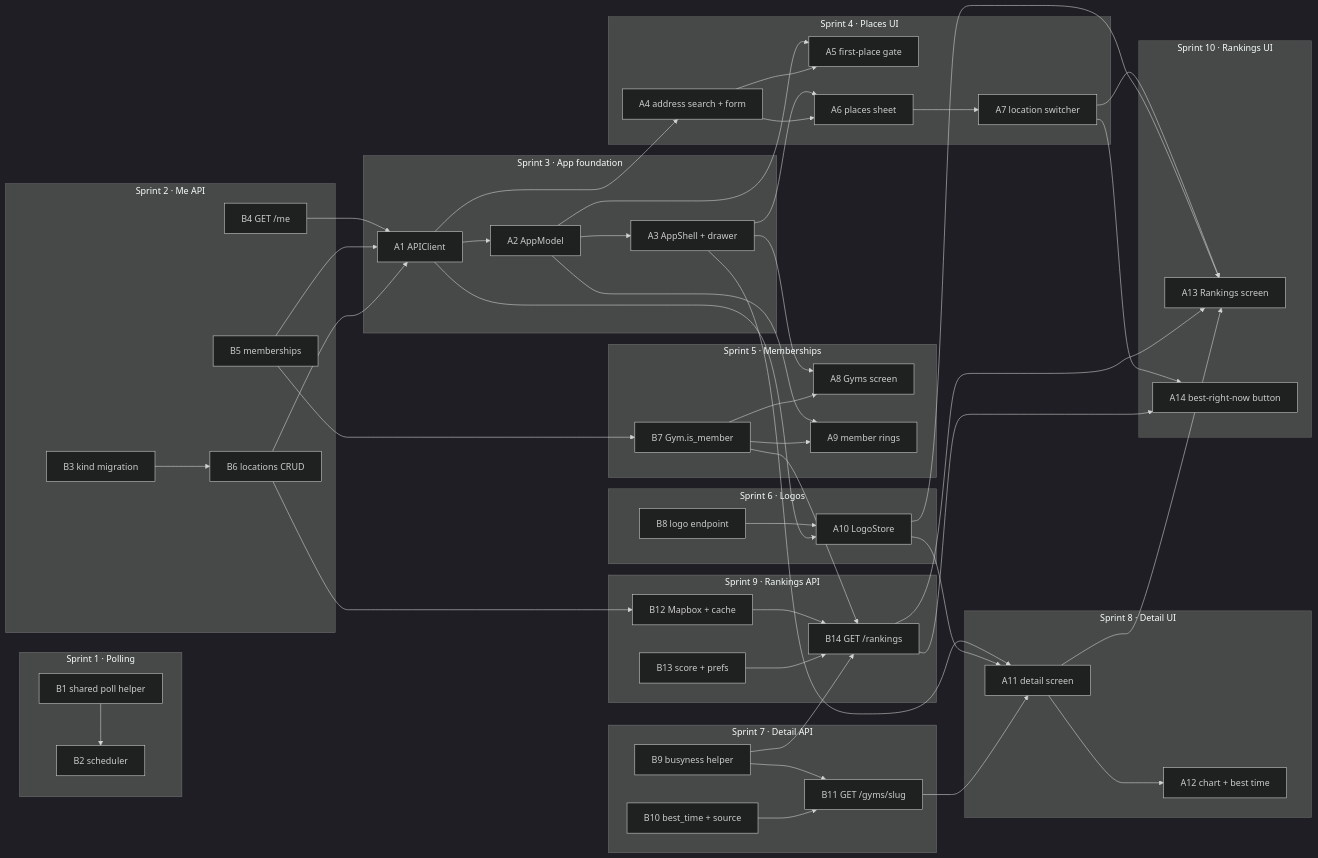
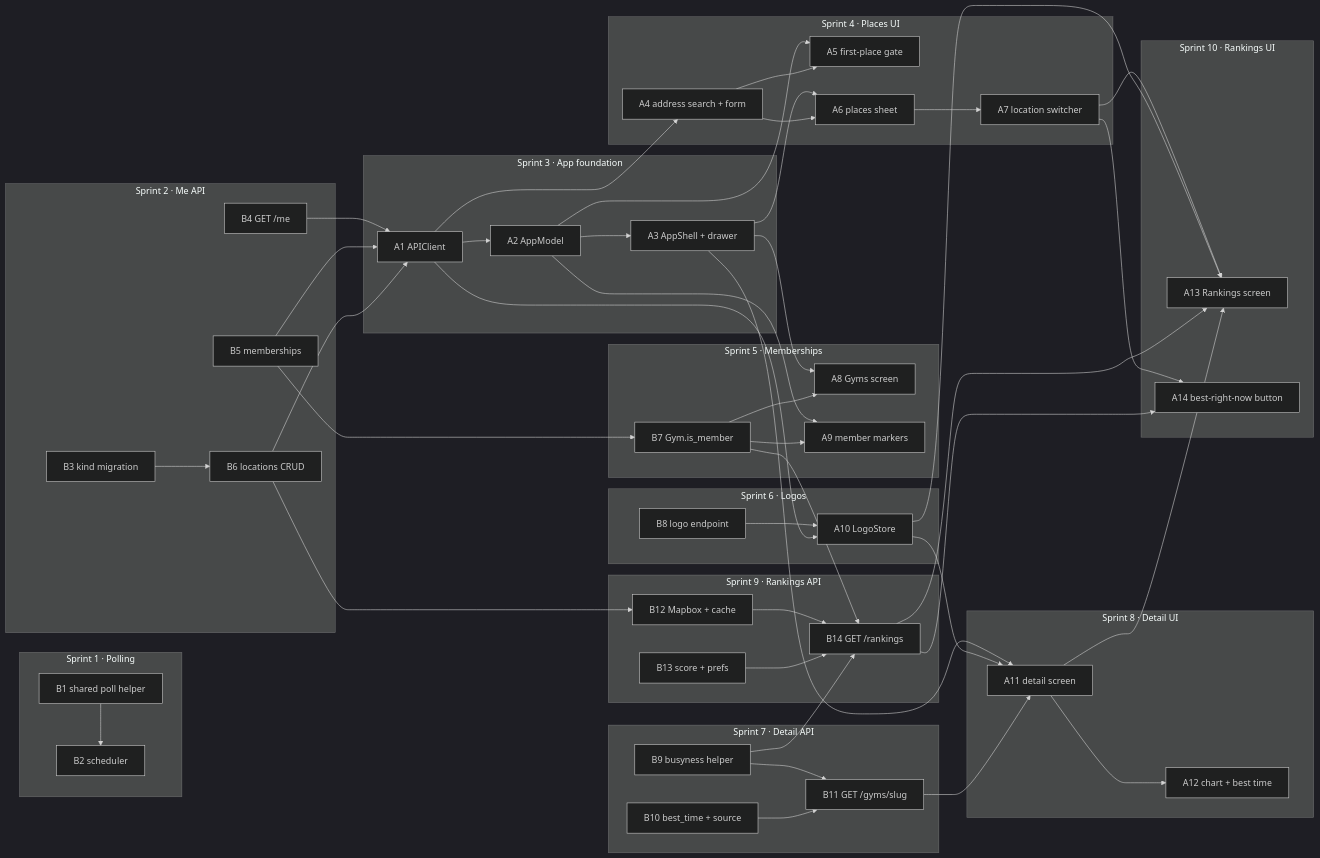
Before and after one commit to yonid4/boulder-bay: the diagram in boulder_bay_v1_sprints.md, drawn with Mermaid (dark theme). The commit also changed other lines of this file, not shown here.

```diff
--- a/boulder_bay_v1_sprints.md
+++ b/boulder_bay_v1_sprints.md
@@ -366,7 +370,7 @@
   subgraph S5[Sprint 5 · Memberships]
     B7[B7 Gym.is_member]
     A8[A8 Gyms screen]
-    A9[A9 member rings]
+    A9[A9 member markers]
   end
 
   subgraph S6[Sprint 6 · Logos]
```
